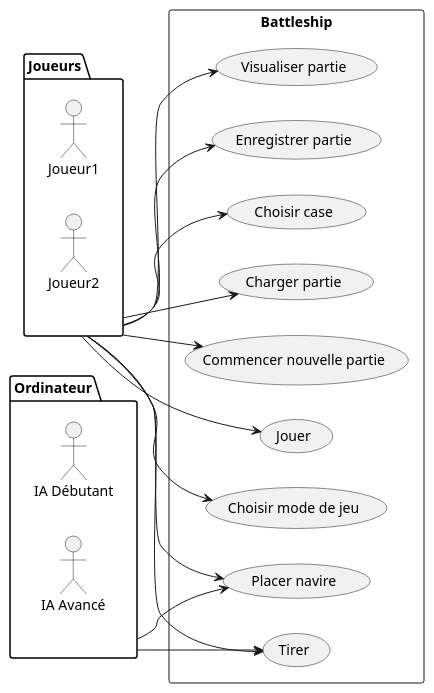
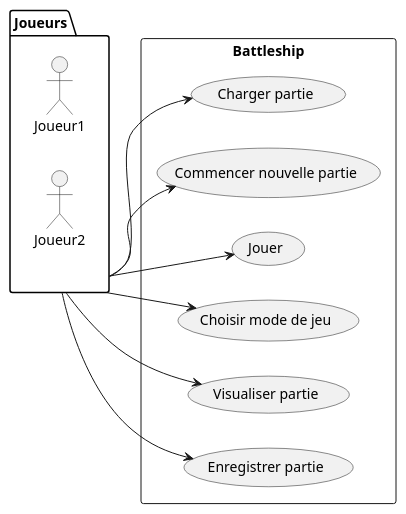
The diagram in diagrammes_conception/diagramme_cas_utilisation.puml (Patroklos99/5153_TP2-Battleship-AI-Pattern-Conception_Engineering2), drawn with PlantUML before and after one commit.

Commit message:
Simplification du diagramme de cas d'utilisation

```diff
--- a/diagrammes_conception/diagramme_cas_utilisation.puml
+++ b/diagrammes_conception/diagramme_cas_utilisation.puml
@@ -1,38 +1,24 @@
 @startuml
 left to right direction
 package Joueurs {
   actor Joueur1 as joueur1
   actor Joueur2 as joueur2
-}
-
-package Ordinateur {
-  actor :IA Débutant: as iaDeb
-  actor :IA Avancé: as iaAv
 }
 
 rectangle Battleship {
   usecase "Charger partie" as UC1
   usecase "Commencer nouvelle partie" as UC2
   usecase "Jouer" as UC3
   usecase "Choisir mode de jeu" as UC4
   usecase "Visualiser partie" as UC8
   usecase "Enregistrer partie" as UC9
-  usecase "Placer navire" as UC10
-  usecase "Tirer" as UC11
-  usecase "Choisir case" as UC12
 }
 
 Joueurs --> UC1
 Joueurs --> UC2
 Joueurs --> UC3
 Joueurs --> UC4
 Joueurs --> UC8
 Joueurs --> UC9
-Joueurs --> UC10
-Joueurs --> UC11
-Joueurs --> UC12
-
-Ordinateur --> UC10
-Ordinateur --> UC11
 
 @enduml
```
